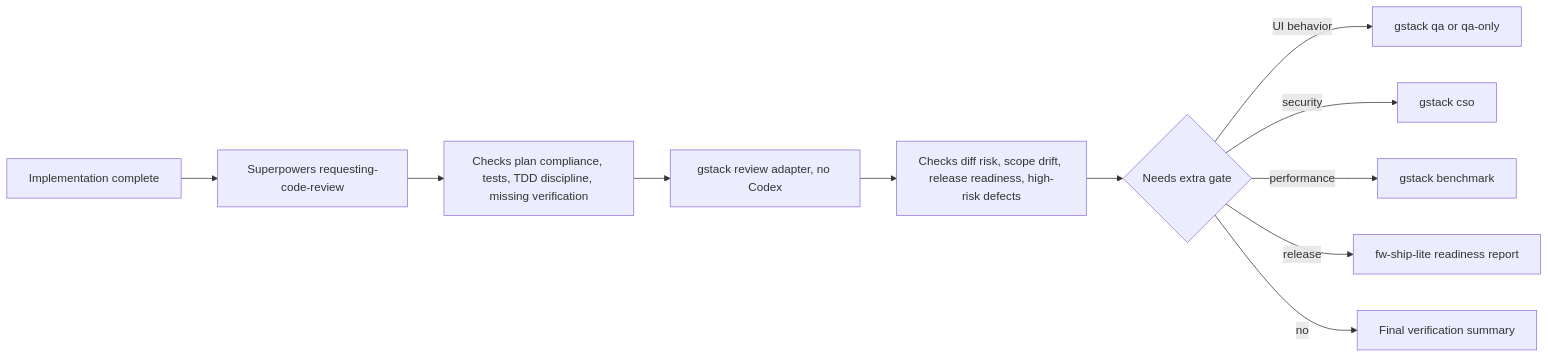
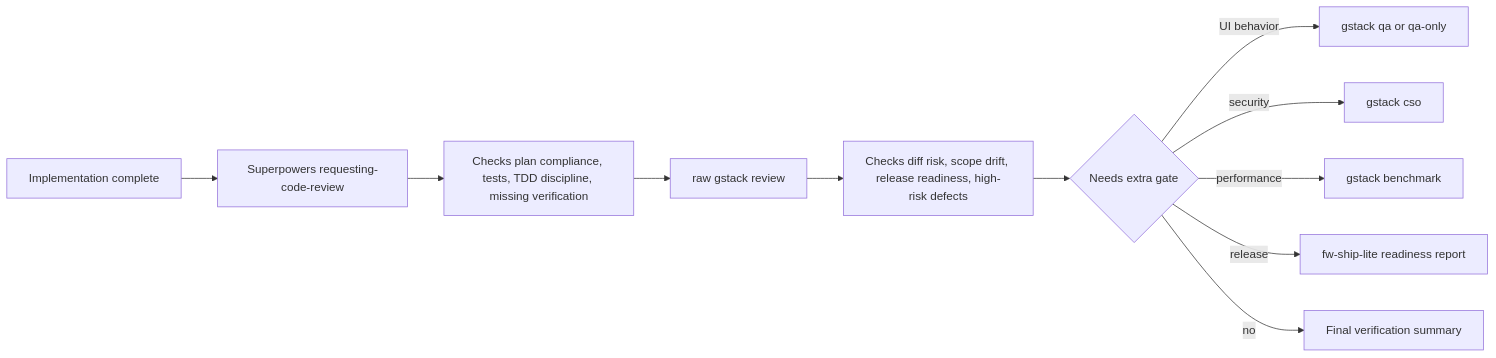
Before and after one commit to FrankQDWang/gstack-superpowers: the second of 4 diagrams in docs/superpowers/specs/2026-05-11-curated-gstack-superpowers-workflow.md, drawn with Mermaid. The commit also changed other lines of this file and 19 other files, not shown here.

Commit message:
Use raw gstack review in fw-review

````diff
--- a/docs/superpowers/specs/2026-05-11-curated-gstack-superpowers-workflow.md
+++ b/docs/superpowers/specs/2026-05-11-curated-gstack-superpowers-workflow.md
@@ -50,13 +50,13 @@
 ```mermaid
 flowchart LR
   A["Implementation complete"] --> B["Superpowers requesting-code-review"]
   B --> C["Checks plan compliance, tests, TDD discipline, missing verification"]
-  C --> D["gstack review adapter, no Codex"]
+  C --> D["raw gstack review"]
   D --> E["Checks diff risk, scope drift, release readiness, high-risk defects"]
   E --> F{"Needs extra gate"}
   F -- "UI behavior" --> G["gstack qa or qa-only"]
   F -- "security" --> H["gstack cso"]
   F -- "performance" --> I["gstack benchmark"]
   F -- "release" --> J["fw-ship-lite readiness report"]
   F -- "no" --> K["Final verification summary"]
 ```
````
